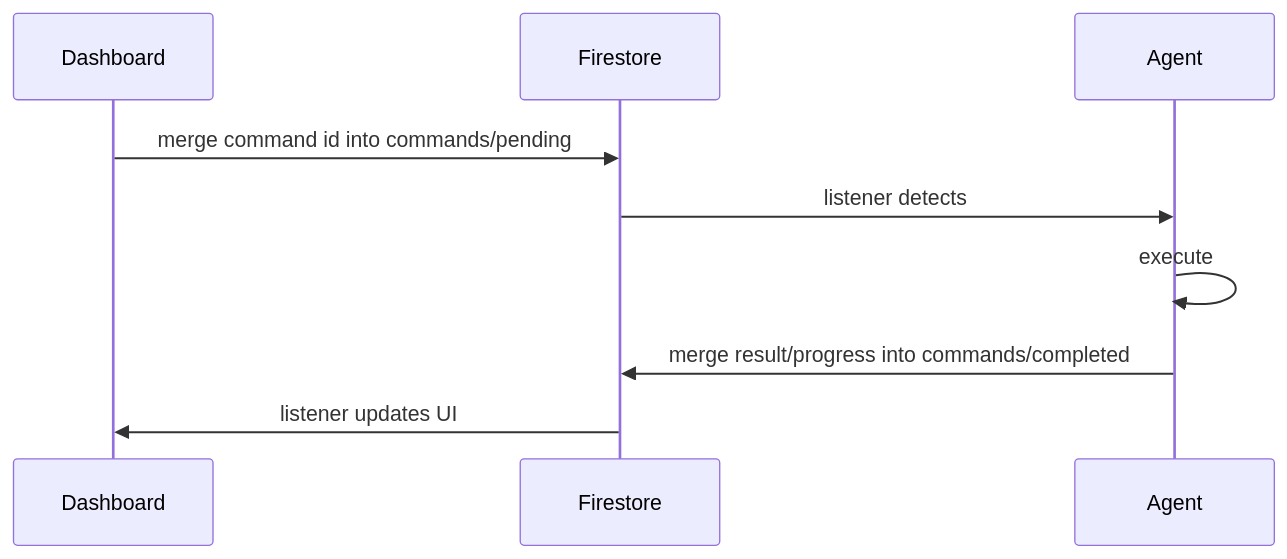
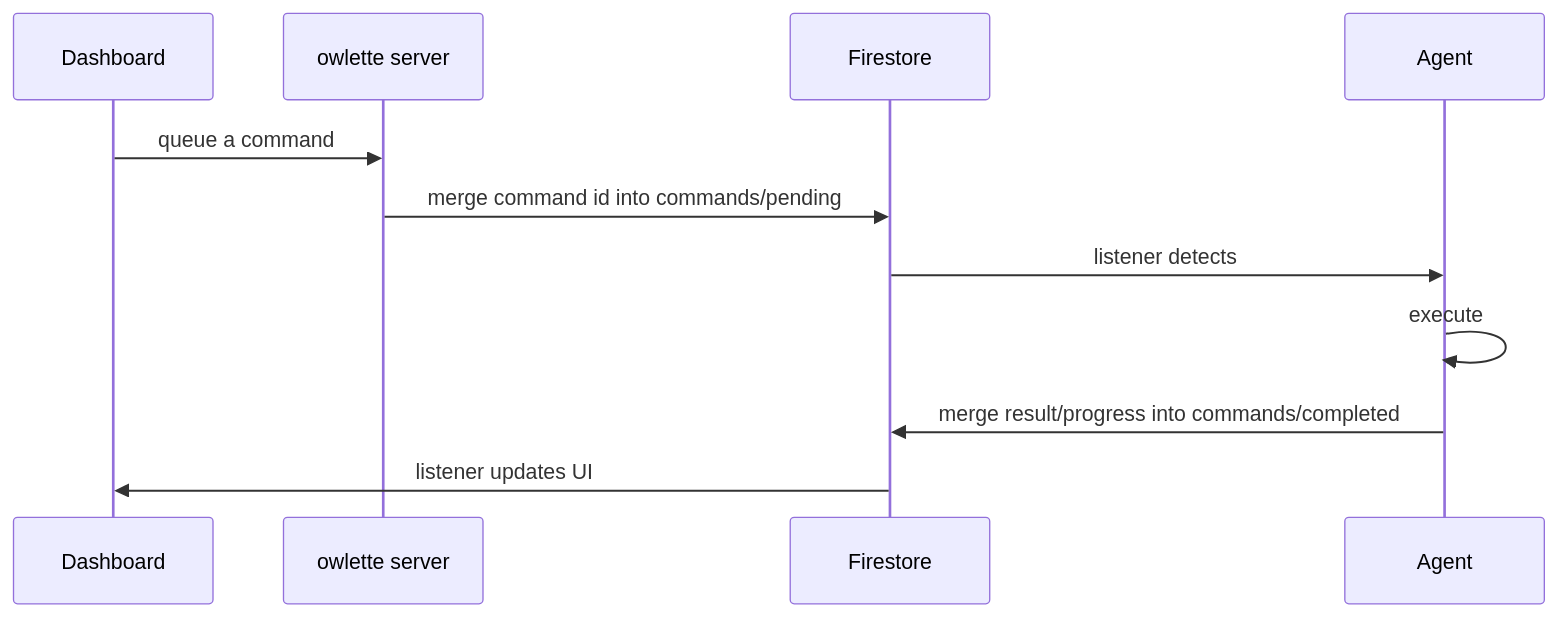
Before and after one commit to tridant-io/owlette: the diagram in web/content/docs/agent/remote-commands.mdx, drawn with Mermaid. The commit also changed other lines of this file and 113 other files, not shown here.

````diff
--- a/web/content/docs/agent/remote-commands.mdx
+++ b/web/content/docs/agent/remote-commands.mdx
@@ -11,11 +11,13 @@
 ```mermaid
 sequenceDiagram
     participant D as Dashboard
+    participant W as owlette server
     participant F as Firestore
     participant A as Agent
-    D->>F: merge command id into commands/pending
+    D->>W: queue a command
+    W->>F: merge command id into commands/pending
     F->>A: listener detects
     A->>A: execute
     A->>F: merge result/progress into commands/completed
     F->>D: listener updates UI
 ```
````
